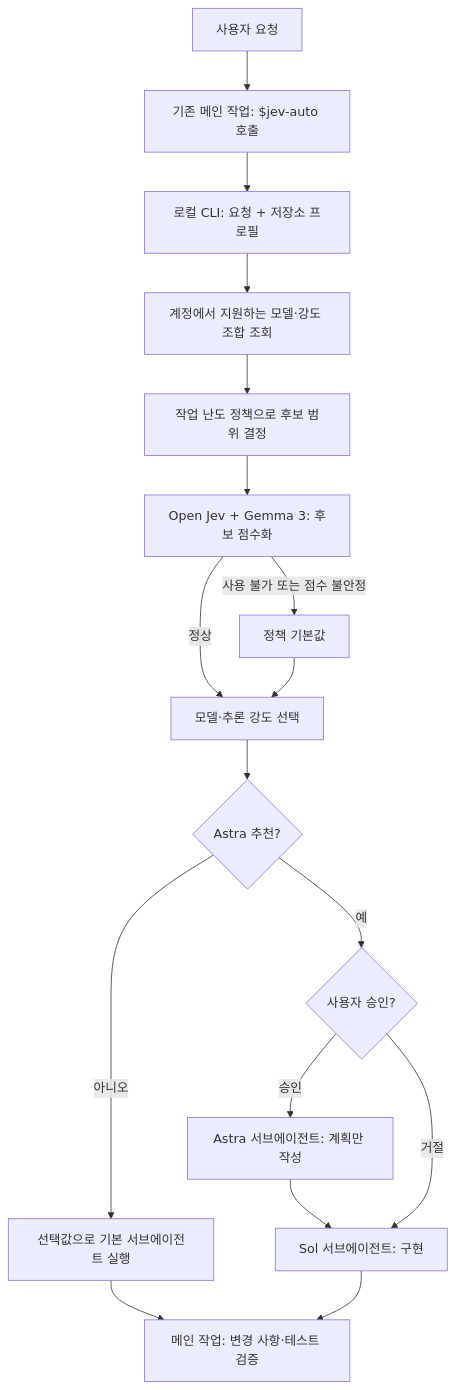
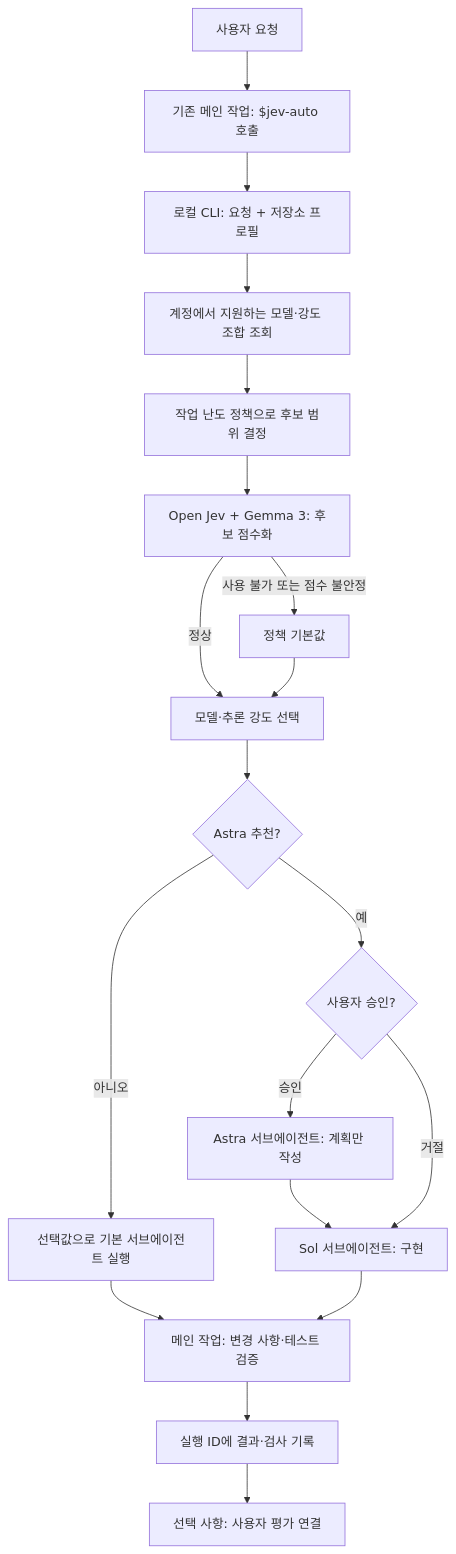
Before and after one commit to Yaklede/codex-jev-auto: the first of 2 diagrams in README.md, drawn with Mermaid. The commit also changed other lines of this file and 8 other files, not shown here.

````diff
--- a/README.md
+++ b/README.md
@@ -9,19 +9,21 @@
 ```mermaid
 flowchart TD
     U["사용자 요청"] --> MAIN["기존 메인 작업: $jev-auto 호출"]
     MAIN --> CLI["로컬 CLI: 요청 + 저장소 프로필"]
     CLI --> CAND["계정에서 지원하는 모델·강도 조합 조회"]
     CAND --> POLICY["작업 난도 정책으로 후보 범위 결정"]
     POLICY --> JEV["Open Jev + Gemma 3: 후보 점수화"]
     JEV -->|정상| PICK["모델·추론 강도 선택"]
     JEV -->|사용 불가 또는 점수 불안정| FALLBACK["정책 기본값"]
     FALLBACK --> PICK
     PICK --> ASTRA{"Astra 추천?"}
     ASTRA -->|아니오| AGENT["선택값으로 기본 서브에이전트 실행"]
     ASTRA -->|예| CONFIRM{"사용자 승인?"}
     CONFIRM -->|승인| PLAN["Astra 서브에이전트: 계획만 작성"]
     PLAN --> SOL["Sol 서브에이전트: 구현"]
     CONFIRM -->|거절| SOL
     AGENT --> VERIFY["메인 작업: 변경 사항·테스트 검증"]
     SOL --> VERIFY
+    VERIFY --> RUN["실행 ID에 결과·검사 기록"]
+    RUN --> FEEDBACK["선택 사항: 사용자 평가 연결"]
 ```
````
